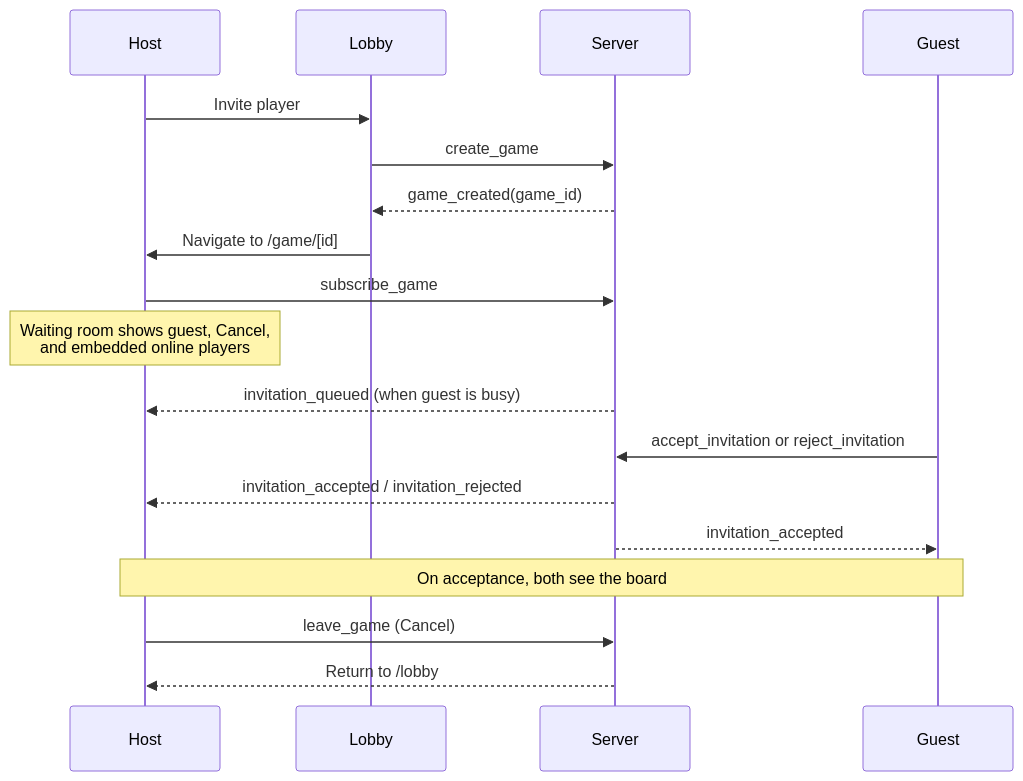
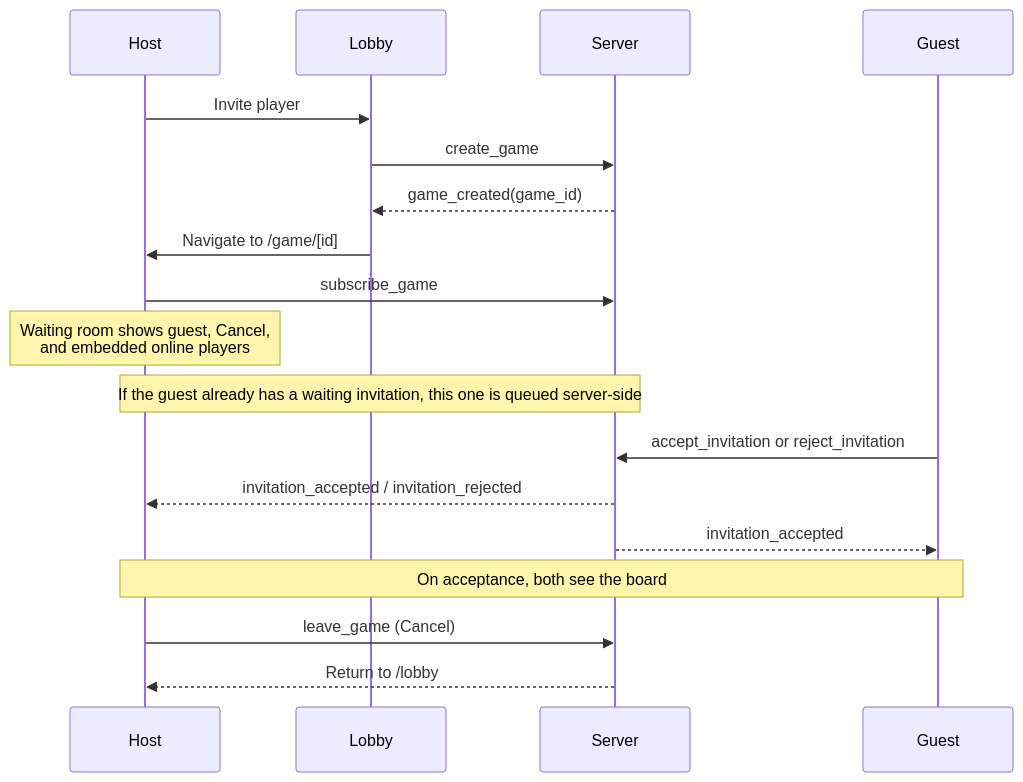
Before and after one commit to JalaU-Capstones/gameclient: the diagram in README.md, drawn with Mermaid. The commit also changed other lines of this file, not shown here.

````diff
--- a/README.md
+++ b/README.md
@@ -71,20 +71,20 @@
 ```mermaid
 sequenceDiagram
     participant Host
     participant Lobby
     participant Server
     participant Guest
     Host->>Lobby: Invite player
     Lobby->>Server: create_game
     Server-->>Lobby: game_created(game_id)
     Lobby->>Host: Navigate to /game/[id]
     Host->>Server: subscribe_game
     Note over Host: Waiting room shows guest, Cancel,<br/>and embedded online players
-    Server-->>Host: invitation_queued (when guest is busy)
+    Note over Server,Host: If the guest already has a waiting invitation, this one is queued server-side
     Guest->>Server: accept_invitation or reject_invitation
     Server-->>Host: invitation_accepted / invitation_rejected
     Server-->>Guest: invitation_accepted
     Note over Host,Guest: On acceptance, both see the board
     Host->>Server: leave_game (Cancel)
     Server-->>Host: Return to /lobby
 ```
````
